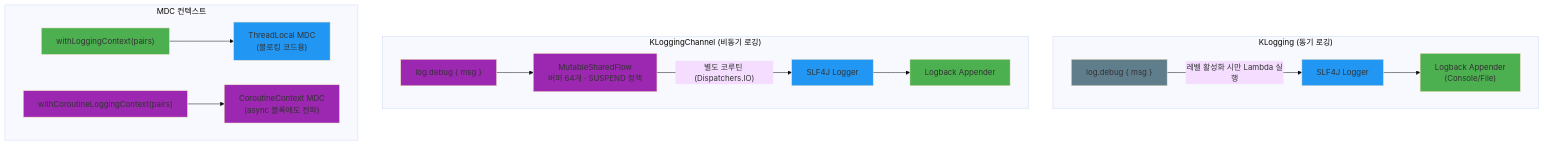
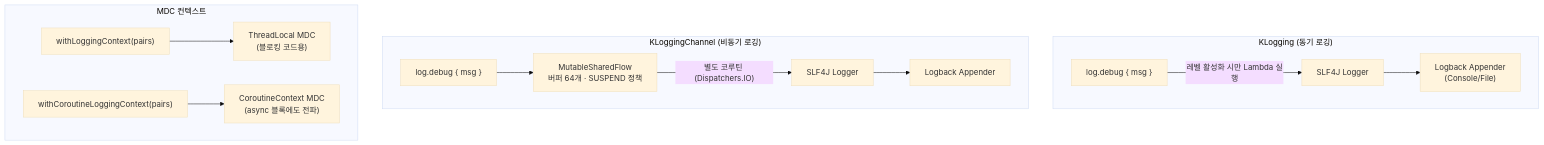
One commit to bluetape4k/bluetape4k-projects changed the second of 3 diagrams in bluetape4k/logging/README.md. Above: the diagram before and after it, drawn with Mermaid (base theme). The commit also changed other lines of this file and 95 other files, not shown here.

First line of the commit message:
docs: Mermaid 파서 오류 전체 수정 (IntelliJ IDEA 호환)

````diff
--- a/bluetape4k/logging/README.md
+++ b/bluetape4k/logging/README.md
@@ -89,26 +85,22 @@
 ```mermaid
 flowchart TD
     subgraph Sync["KLogging (동기 로깅)"]
         direction LR
         A1["log.debug { msg }"]:::coreStyle -->|"레벨 활성화 시만 Lambda 실행"| SLF4J["SLF4J Logger"]:::utilStyle
         SLF4J --> APPENDER["Logback Appender<br/>(Console/File)"]:::serviceStyle
     end
 
     subgraph Async["KLoggingChannel (비동기 로깅)"]
         direction LR
         B1["log.debug { msg }"]:::asyncStyle --> CHANNEL["MutableSharedFlow<br/>버퍼 64개 · SUSPEND 정책"]:::asyncStyle
         CHANNEL -->|"별도 코루틴 (Dispatchers.IO)"| SLF4J2["SLF4J Logger"]:::utilStyle
         SLF4J2 --> APPENDER2["Logback Appender"]:::serviceStyle
     end
 
     subgraph MDCContext["MDC 컨텍스트"]
         direction LR
         C1["withLoggingContext(pairs)"]:::serviceStyle --> TL["ThreadLocal MDC<br/>(블로킹 코드용)"]:::utilStyle
         C2["withCoroutineLoggingContext(pairs)"]:::asyncStyle --> CC["CoroutineContext MDC<br/>(async 블록에도 전파)"]:::asyncStyle
     end
 
-    classDef coreStyle    fill:#607D8B
-    classDef serviceStyle fill:#4CAF50
-    classDef utilStyle    fill:#2196F3
-    classDef asyncStyle   fill:#9C27B0
 ```
````
